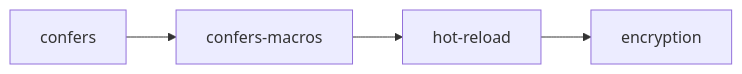
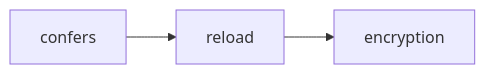
One commit to Kirky-X/trait-kit changed the second of 2 diagrams in README.md. Above: the diagram before and after it, drawn with Mermaid. The commit also changed other lines of this file and 25 other files, not shown here.

````diff
--- a/README.md
+++ b/README.md
@@ -390,6 +387,5 @@
 ```mermaid
 graph LR
-    C[confers] --> CM[confers-macros]
-    CM --> HR[hot-reload]
-    HR --> E[encryption]
+    C[confers] --> R[reload]
+    R --> E[encryption]
 ```
````
